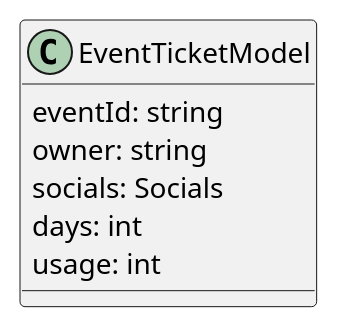
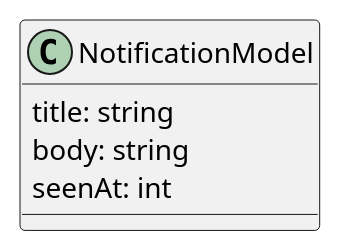
Before and after one commit to ai-shift/cyber-valley-tickets: diagram 23 of 24 in README.org, drawn with PlantUML. The commit also changed other lines of this file and 4 other files, not shown here.

```diff
--- a/README.org
+++ b/README.org
@@ -836,9 +815,7 @@
-#+begin_src plantuml :file ./img/event-ticket-model.png
-class EventTicketModel {
-  eventId: string
-  owner: string
-  socials: Socials
-  days: int
-  usage: int
+#+begin_src plantuml :file ./img/notification-model.png
+class NotificationModel {
+  title: string
+  body: string
+  seenAt: int
 }
 #+end_src
```
